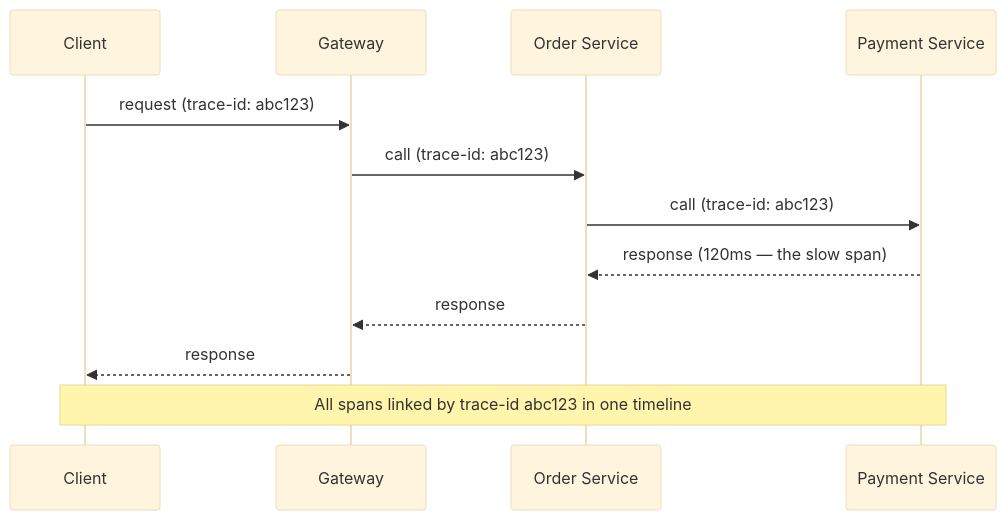
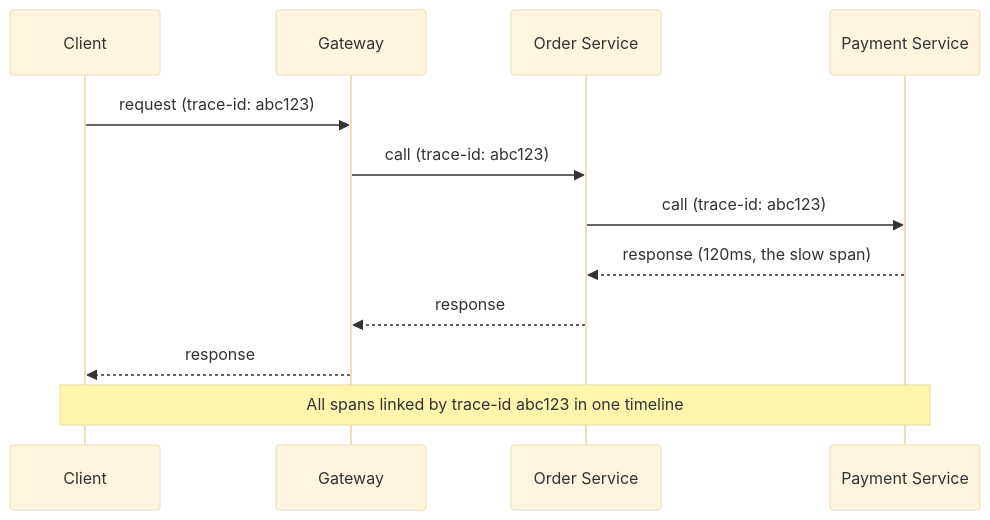
Before and after one commit to josuebrunel/josuebrunel.github.io: the tenth of 15 diagrams in content/interview/interview-prep-kafka-microservices.md, drawn with Mermaid (base theme). The commit also changed other lines of this file and 6 other files, not shown here.

````diff
--- a/content/interview/interview-prep-kafka-microservices.md
+++ b/content/interview/interview-prep-kafka-microservices.md
@@ -212,14 +510,14 @@
 ```mermaid
 sequenceDiagram
     participant Client
     participant Gateway
     participant OrderSvc as Order Service
     participant PaymentSvc as Payment Service
     Client->>Gateway: request (trace-id: abc123)
     Gateway->>OrderSvc: call (trace-id: abc123)
     OrderSvc->>PaymentSvc: call (trace-id: abc123)
-    PaymentSvc-->>OrderSvc: response (120ms — the slow span)
+    PaymentSvc-->>OrderSvc: response (120ms, the slow span)
     OrderSvc-->>Gateway: response
     Gateway-->>Client: response
     Note over Client,PaymentSvc: All spans linked by trace-id abc123 in one timeline
 ```
````
